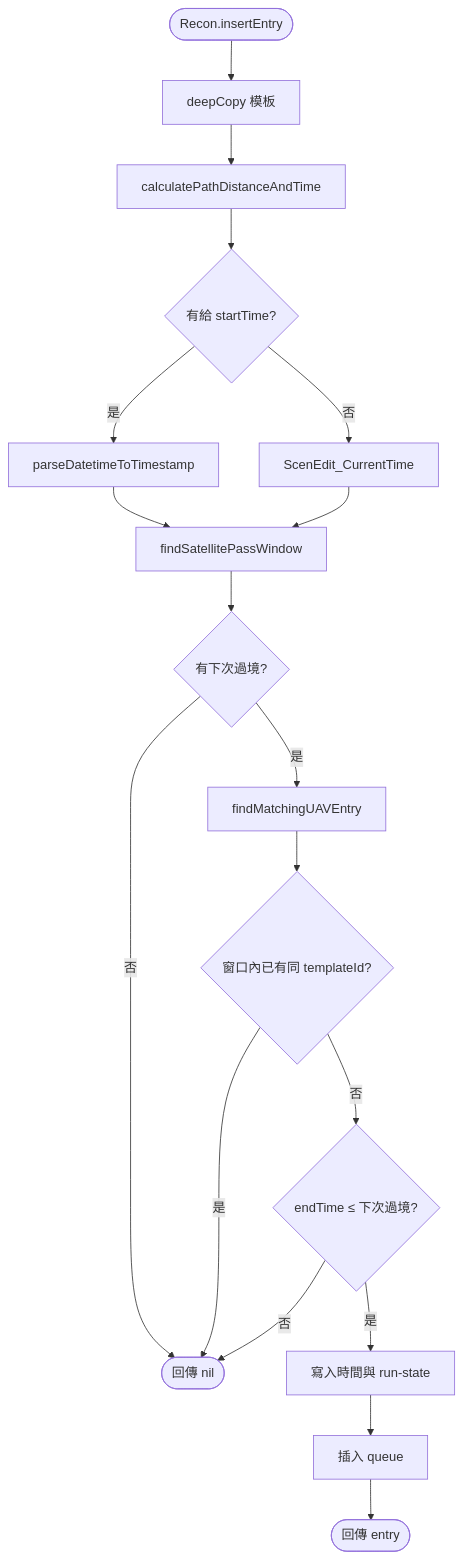
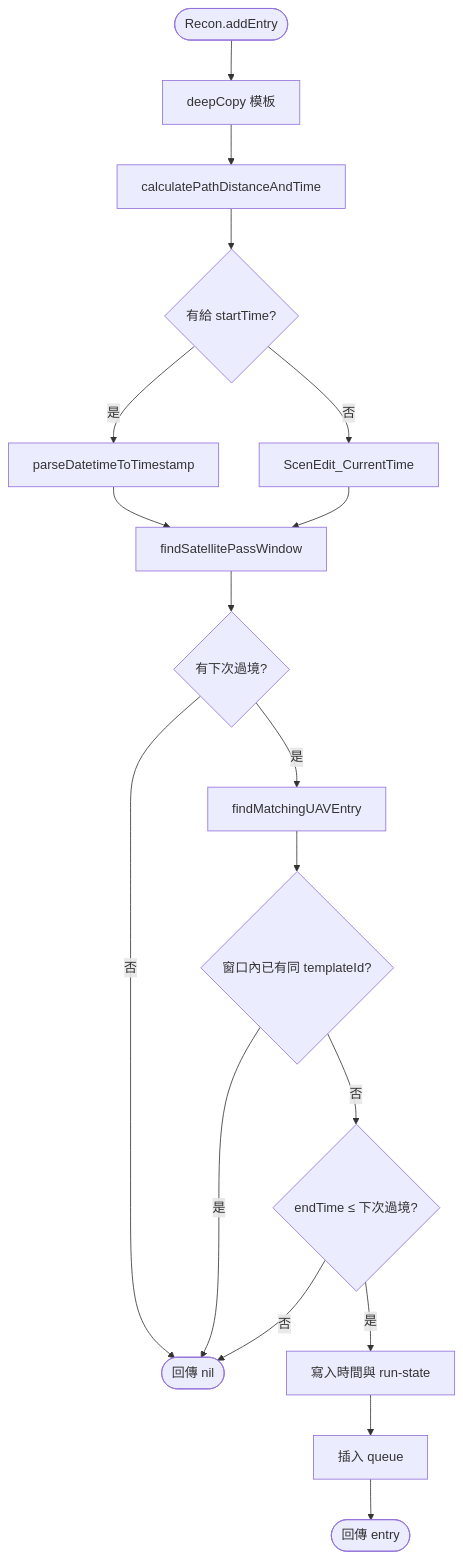
One commit to pullupjumper/formosa-in-flames changed the fourth of 4 diagrams in docs/strikePlanner/recon.md. Above: the diagram before and after it, drawn with Mermaid. The commit also changed other lines of this file and 93 other files, not shown here.

````diff
--- a/docs/strikePlanner/recon.md
+++ b/docs/strikePlanner/recon.md
@@ -191,29 +191,29 @@
 ```mermaid
 flowchart TD
-    START(["Recon.insertEntry"])
+    START(["Recon.addEntry"])
     COPY["deepCopy 模板"]
     FLIGHT["calculatePathDistanceAndTime"]
     ORIGIN{"有給 startTime?"}
     PARSE["parseDatetimeToTimestamp"]
     NOW["ScenEdit_CurrentTime"]
     ANCHOR["findSatellitePassWindow"]
     HASNEXT{"有下次過境?"}
     MATCH["findMatchingUAVEntry"]
     DUP{"窗口內已有同 templateId?"}
     FIT{"endTime ≤ 下次過境?"}
     WRITE["寫入時間與 run-state"]
     PUSH["插入 queue"]
     OK(["回傳 entry"])
     NIL(["回傳 nil"])
 
     START --> COPY --> FLIGHT --> ORIGIN
     ORIGIN -->|是| PARSE --> ANCHOR
     ORIGIN -->|否| NOW --> ANCHOR
     ANCHOR --> HASNEXT
     HASNEXT -->|否| NIL
     HASNEXT -->|是| MATCH --> DUP
     DUP -->|是| NIL
     DUP -->|否| FIT
     FIT -->|否| NIL
     FIT -->|是| WRITE --> PUSH --> OK
 ```
````
